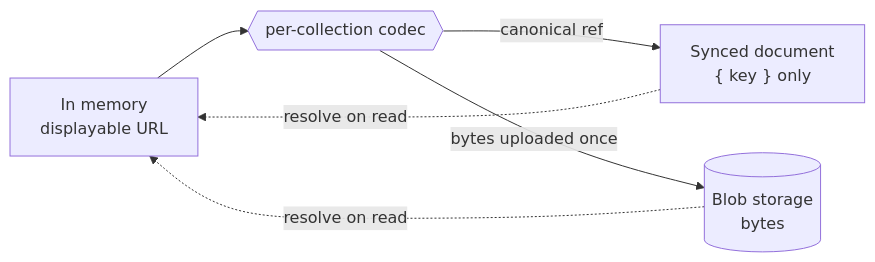
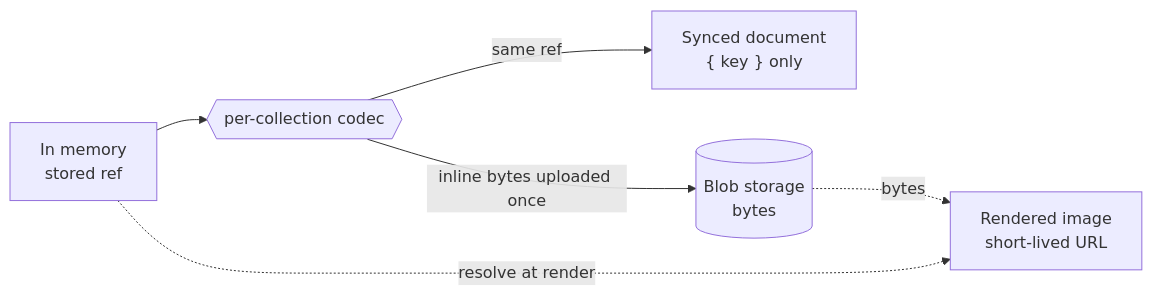
The fifth of 11 diagrams in docs/ARCHITECTURE.md (Pritesh1980/sable), drawn with Mermaid before and after one commit. The commit also changed other lines of this file and 3 other files, not shown here.

````diff
--- a/docs/ARCHITECTURE.md
+++ b/docs/ARCHITECTURE.md
@@ -372,12 +372,13 @@
 ```mermaid
 flowchart LR
-  MEM["In memory<br/>displayable URL"]
+  MEM["In memory<br/>stored ref"]
   CODEC{{"per-collection codec"}}
   DOC["Synced document<br/>{ key } only"]
   BLOB[("Blob storage<br/>bytes")]
+  VIEW["Rendered image<br/>short-lived URL"]
   MEM --> CODEC
-  CODEC -- "canonical ref" --> DOC
-  CODEC -- "bytes uploaded once" --> BLOB
-  DOC -. "resolve on read" .-> MEM
-  BLOB -. "resolve on read" .-> MEM
+  CODEC -- "same ref" --> DOC
+  CODEC -- "inline bytes uploaded once" --> BLOB
+  MEM -. "resolve at render" .-> VIEW
+  BLOB -. "bytes" .-> VIEW
 ```
````
